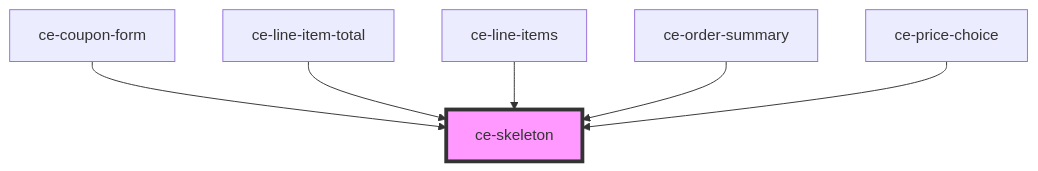
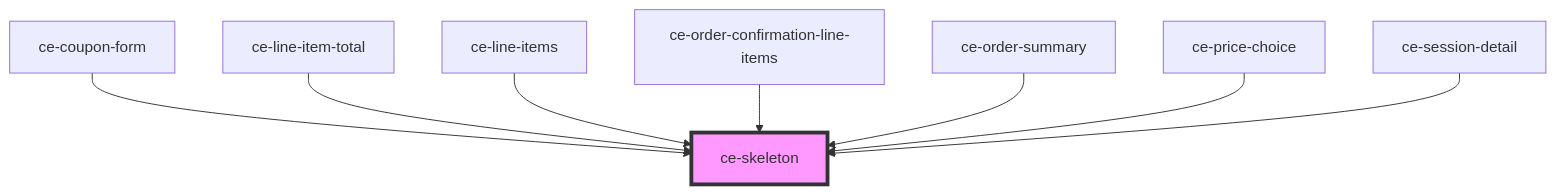
The diagram in packages/components/src/components/ui/skeleton/readme.md (surecart/surecart-wp-plugin), drawn with Mermaid before and after one commit. The commit also changed other lines of this file and 56 other files, not shown here.

````diff
--- a/packages/components/src/components/ui/skeleton/readme.md
+++ b/packages/components/src/components/ui/skeleton/readme.md
@@ -43,9 +45,11 @@
 ```mermaid
 graph TD;
   ce-coupon-form --> ce-skeleton
   ce-line-item-total --> ce-skeleton
   ce-line-items --> ce-skeleton
+  ce-order-confirmation-line-items --> ce-skeleton
   ce-order-summary --> ce-skeleton
   ce-price-choice --> ce-skeleton
+  ce-session-detail --> ce-skeleton
   style ce-skeleton fill:#f9f,stroke:#333,stroke-width:4px
 ```
````
